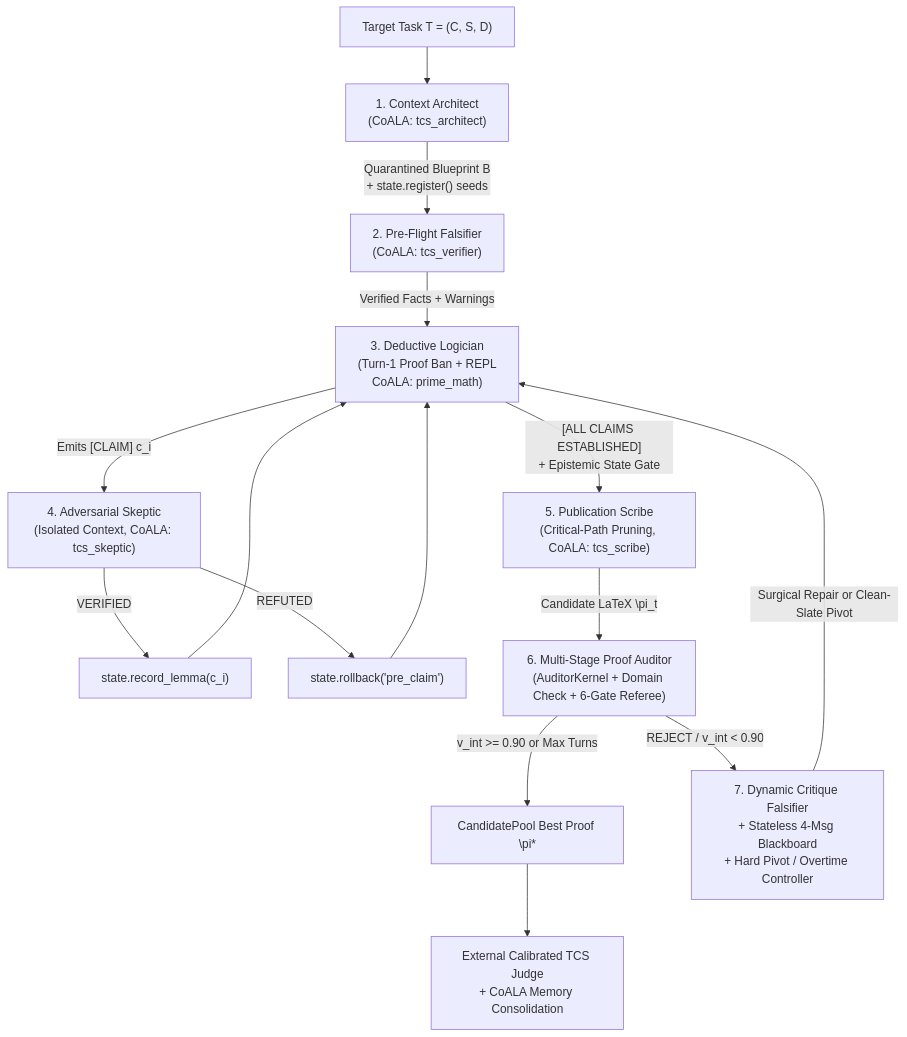
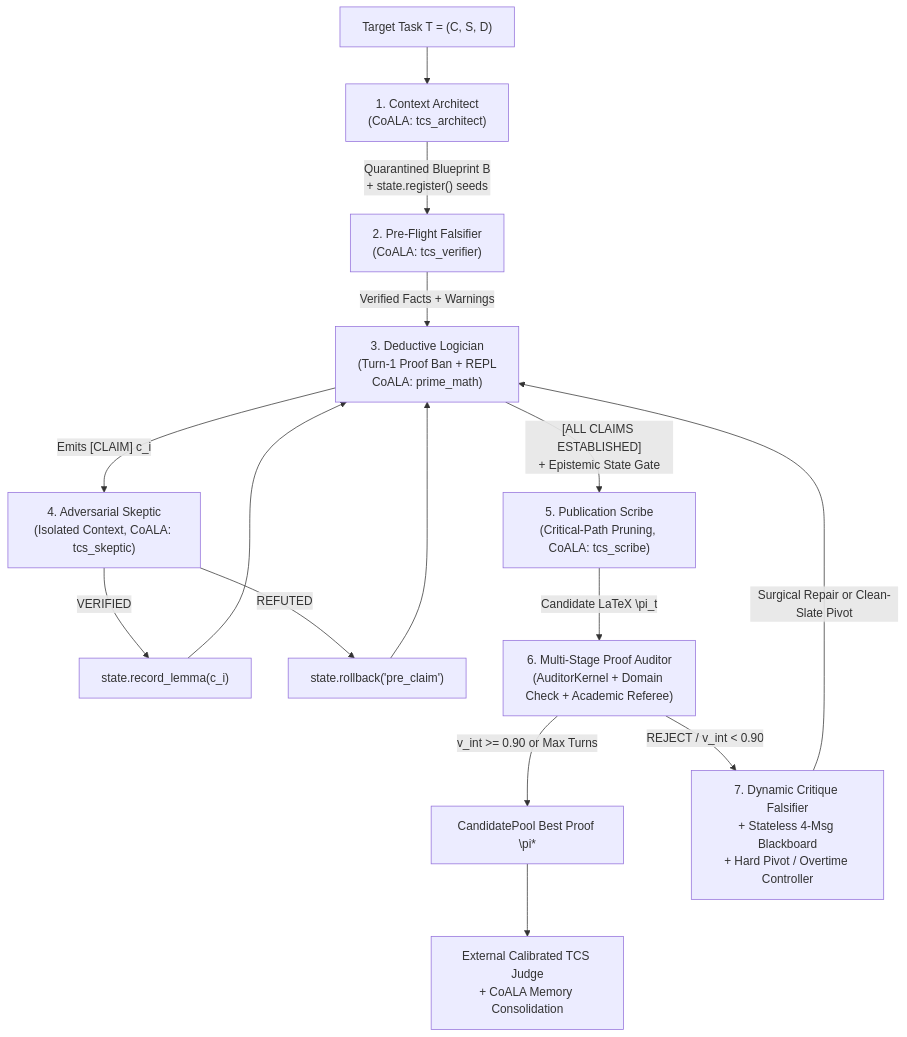
Before and after one commit to dionyziuz/proof_harness: the diagram in README.md, drawn with Mermaid. The commit also changed other lines of this file, not shown here.

````diff
--- a/README.md
+++ b/README.md
@@ -162,20 +162,20 @@
 ```mermaid
 flowchart TD
     Task["Target Task T = (C, S, D)"] --> S1["1. Context Architect\n(CoALA: tcs_architect)"]
     S1 -->|"Quarantined Blueprint B\n+ state.register() seeds"| S2["2. Pre-Flight Falsifier\n(CoALA: tcs_verifier)"]
     S2 -->|"Verified Facts + Warnings"| S3["3. Deductive Logician\n(Turn-1 Proof Ban + REPL\nCoALA: prime_math)"]
     
     S3 -->|"Emits [CLAIM] c_i"| S4["4. Adversarial Skeptic\n(Isolated Context, CoALA: tcs_skeptic)"]
     S4 -->|"VERIFIED"| Rec["state.record_lemma(c_i)"]
     S4 -->|"REFUTED"| Roll["state.rollback('pre_claim')"]
     Rec --> S3
     Roll --> S3
 
     S3 -->|"[ALL CLAIMS ESTABLISHED]\n+ Epistemic State Gate"| S5["5. Publication Scribe\n(Critical-Path Pruning, CoALA: tcs_scribe)"]
-    S5 -->|"Candidate LaTeX \pi_t"| S6["6. Multi-Stage Proof Auditor\n(AuditorKernel + Domain Check + 6-Gate Referee)"]
+    S5 -->|"Candidate LaTeX \pi_t"| S6["6. Multi-Stage Proof Auditor\n(AuditorKernel + Domain Check + Academic Referee)"]
     
     S6 -->|"v_int >= 0.90 or Max Turns"| PoolOut["CandidatePool Best Proof \pi*"]
     S6 -->|"REJECT / v_int < 0.90"| S7["7. Dynamic Critique Falsifier\n+ Stateless 4-Msg Blackboard\n+ Hard Pivot / Overtime Controller"]
     S7 -->|"Surgical Repair or Clean-Slate Pivot"| S3
     PoolOut --> ExtJudge["External Calibrated TCS Judge\n+ CoALA Memory Consolidation"]
 ```
````
